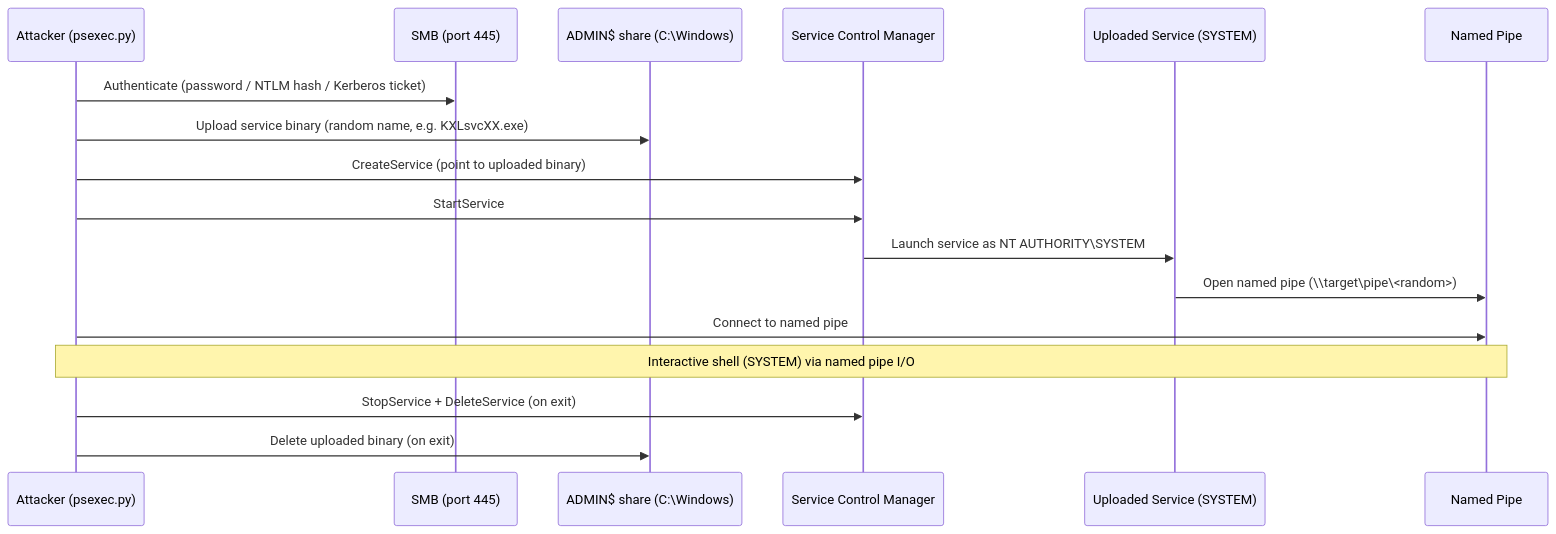
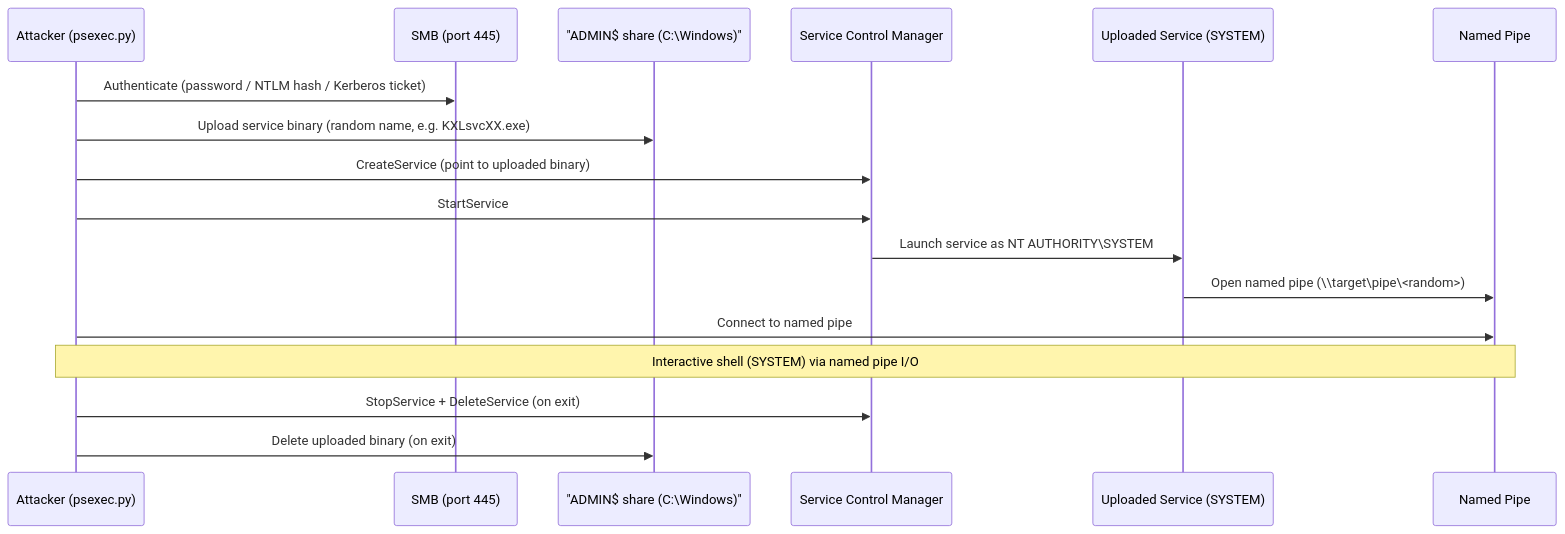
One commit to morimori-dev/morimori-dev.github.io changed the first of 4 diagrams in _posts/2026-03-03-tech-psexec-lateral-movement-ja.md. Above: the diagram before and after it, drawn with Mermaid. The commit also changed 7 other files, not shown here.

First line of the commit message:
Fix Mermaid syntax errors in 8 posts

````diff
--- a/_posts/2026-03-03-tech-psexec-lateral-movement-ja.md
+++ b/_posts/2026-03-03-tech-psexec-lateral-movement-ja.md
@@ -48,20 +48,20 @@
 ```mermaid
 sequenceDiagram
     participant A as Attacker (psexec.py)
     participant SMB as SMB (port 445)
-    participant ADMIN as ADMIN$ share (C:\Windows)
+    participant ADMIN as "ADMIN$ share (C:\Windows)"
     participant SCM as Service Control Manager
     participant SVC as Uploaded Service (SYSTEM)
     participant NP as Named Pipe
 
     A->>SMB: Authenticate (password / NTLM hash / Kerberos ticket)
     A->>ADMIN: Upload service binary (random name, e.g. KXLsvcXX.exe)
     A->>SCM: CreateService (point to uploaded binary)
     A->>SCM: StartService
     SCM->>SVC: Launch service as NT AUTHORITY\SYSTEM
     SVC->>NP: Open named pipe (\\target\pipe\<random>)
     A->>NP: Connect to named pipe
     Note over A,NP: Interactive shell (SYSTEM) via named pipe I/O
     A->>SCM: StopService + DeleteService (on exit)
     A->>ADMIN: Delete uploaded binary (on exit)
 ```
````
